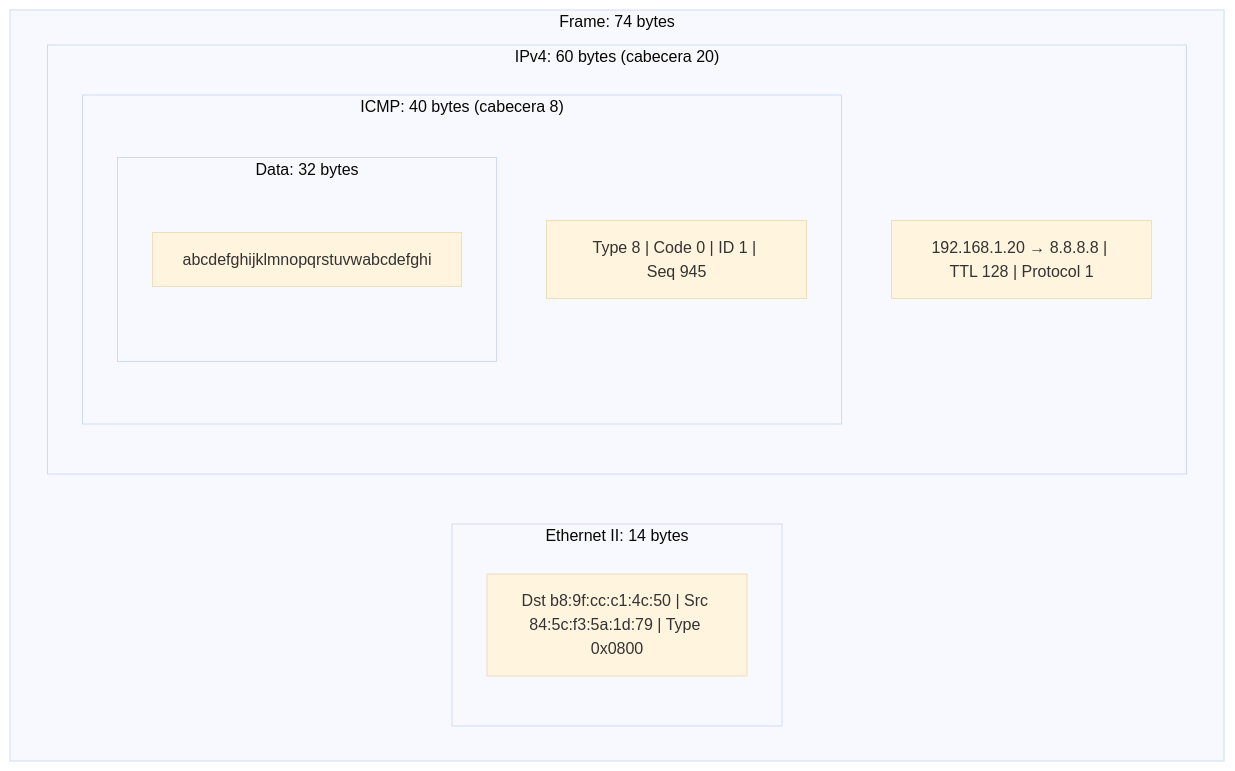
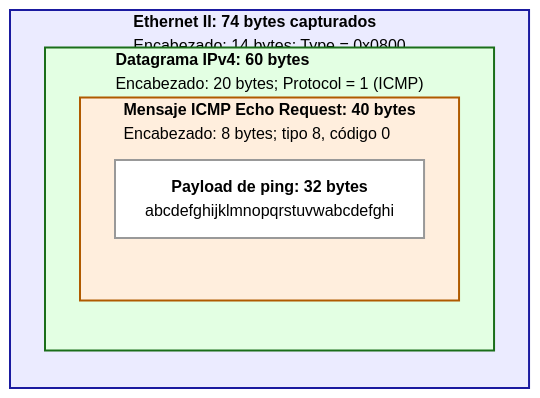
Before and after one commit to fabriciobit/TP1-RC: the diagram in README.md, drawn with Mermaid (base theme).

````diff
--- a/README.md
+++ b/README.md
@@ -93,17 +93,18 @@
 ```mermaid
 flowchart TB
-  subgraph F["Frame: 74 bytes"]
-    subgraph E["Ethernet II: 14 bytes"]
-      E1["Dst b8:9f:cc:c1:4c:50 | Src 84:5c:f3:5a:1d:79 | Type 0x0800"]
-    end
-    subgraph I["IPv4: 60 bytes (cabecera 20)"]
-      I1["192.168.1.20 → 8.8.8.8 | TTL 128 | Protocol 1"]
-      subgraph C["ICMP: 40 bytes (cabecera 8)"]
-        C1["Type 8 | Code 0 | ID 1 | Seq 945"]
-        subgraph D["Data: 32 bytes"]
-          D1["abcdefghijklmnopqrstuvwabcdefghi"]
-        end
+  subgraph E["<b>Ethernet II: 74 bytes capturados</b><br/>Encabezado: 14 bytes; Type = 0x0800"]
+    direction TB
+    subgraph I["<b>Datagrama IPv4: 60 bytes</b><br/>Encabezado: 20 bytes; Protocol = 1 (ICMP)"]
+      direction TB
+      subgraph C["<b>Mensaje ICMP Echo Request: 40 bytes</b><br/>Encabezado: 8 bytes; tipo 8, código 0"]
+        direction TB
+        P["<b>Payload de ping: 32 bytes</b><br/>abcdefghijklmnopqrstuvwabcdefghi"]
       end
     end
   end
+
+  style E fill:#EBEBFF,stroke:#1a1aa0,stroke-width:2px,color:#000
+  style I fill:#E3FFE3,stroke:#1a6e1a,stroke-width:2px,color:#000
+  style C fill:#FFEEDD,stroke:#B05A00,stroke-width:2px,color:#000
+  style P fill:#FFFFFF,stroke:#999999,stroke-width:2px,color:#000
 ```
````
